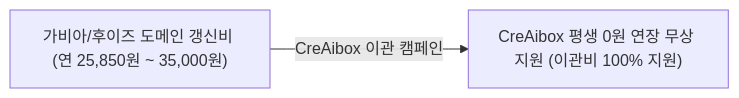
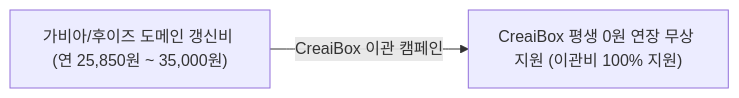
Before and after one commit to namea1000/creaibox: the second of 4 diagrams in docs/project/business-models/creaibox-website-disruptor-business-plan.md, drawn with Mermaid. The commit also changed other lines of this file and 365 other files, not shown here.

````diff
--- a/docs/project/business-models/creaibox-website-disruptor-business-plan.md
+++ b/docs/project/business-models/creaibox-website-disruptor-business-plan.md
@@ -71,4 +71,4 @@
 ```mermaid
 graph LR
-    A["가비아/후이즈 도메인 갱신비 (연 25,850원 ~ 35,000원)"] -->|CreAibox 이관 캠페인| B["CreAibox 평생 0원 연장 무상 지원 (이관비 100% 지원)"]
+    A["가비아/후이즈 도메인 갱신비 (연 25,850원 ~ 35,000원)"] -->|CreaiBox 이관 캠페인| B["CreaiBox 평생 0원 연장 무상 지원 (이관비 100% 지원)"]
 ```
````
